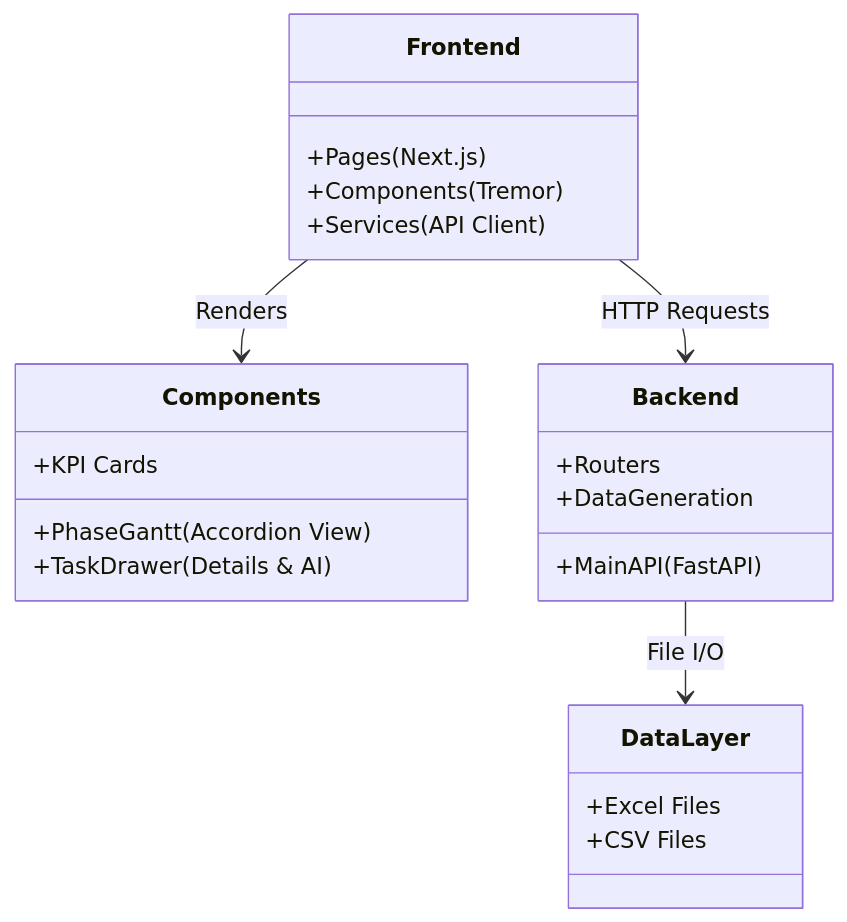
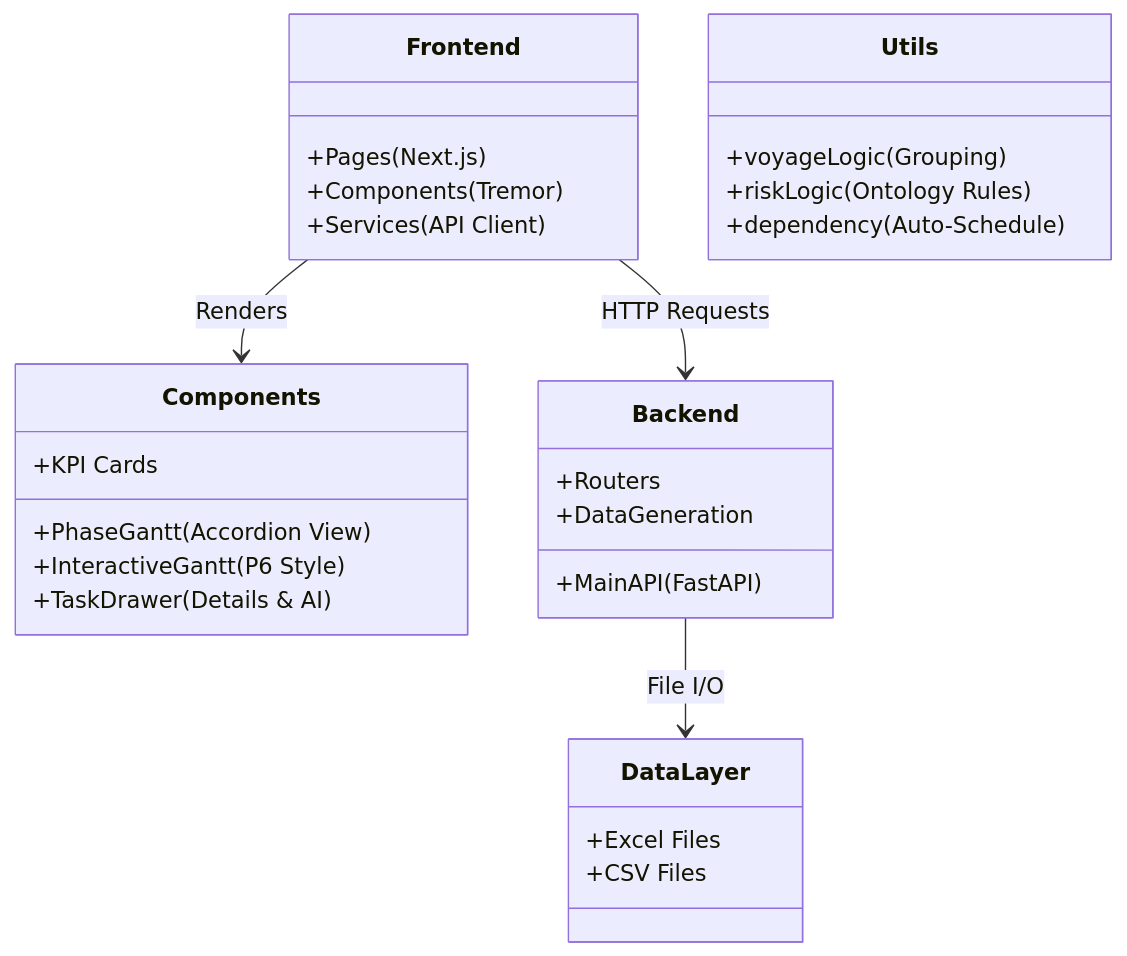
One commit to macho715/sct-pjt changed the second of 3 diagrams in SYSTEM_ARCHITECTURE.md. Above: the diagram before and after it, drawn with Mermaid. The commit also changed other lines of this file and 1 other file, not shown here.

Commit message:
docs: update system architecture and dashboard structure with risk profile and p6 features

````diff
--- a/SYSTEM_ARCHITECTURE.md
+++ b/SYSTEM_ARCHITECTURE.md
@@ -42,29 +44,37 @@
 ```mermaid
 classDiagram
     class Frontend {
         +Pages (Next.js)
         +Components (Tremor)
         +Services (API Client)
     }
 
     class Components {
         +PhaseGantt (Accordion View)
+        +InteractiveGantt (P6 Style)
         +TaskDrawer (Details & AI)
         +KPI Cards
     }
-    
+
+    class Utils {
+        +voyageLogic (Grouping)
+        +riskLogic (Ontology Rules)
+        +dependency (Auto-Schedule)
+    }
+
     class Backend {
+
         +MainAPI (FastAPI)
         +Routers
         +DataGeneration
     }
     
     class DataLayer {
         +Excel Files
         +CSV Files
     }
 
     Frontend --> Components : Renders
     Frontend --> Backend : HTTP Requests
     Backend --> DataLayer : File I/O
 ```
````
